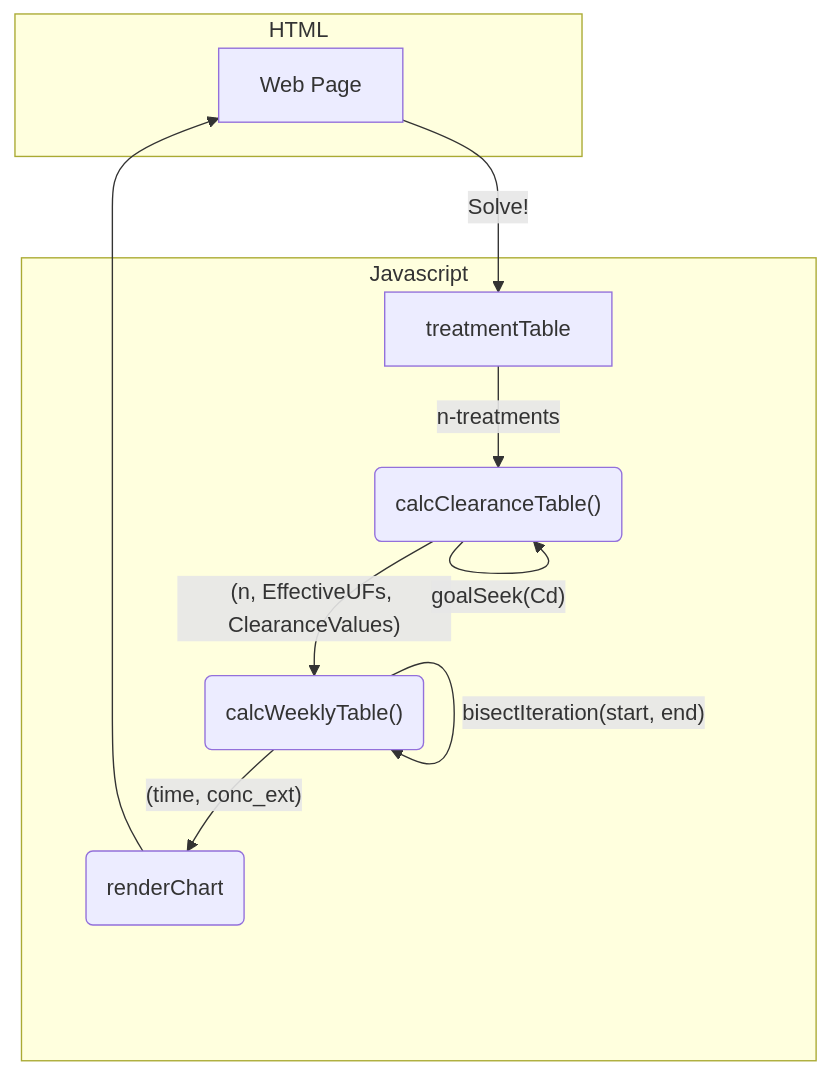
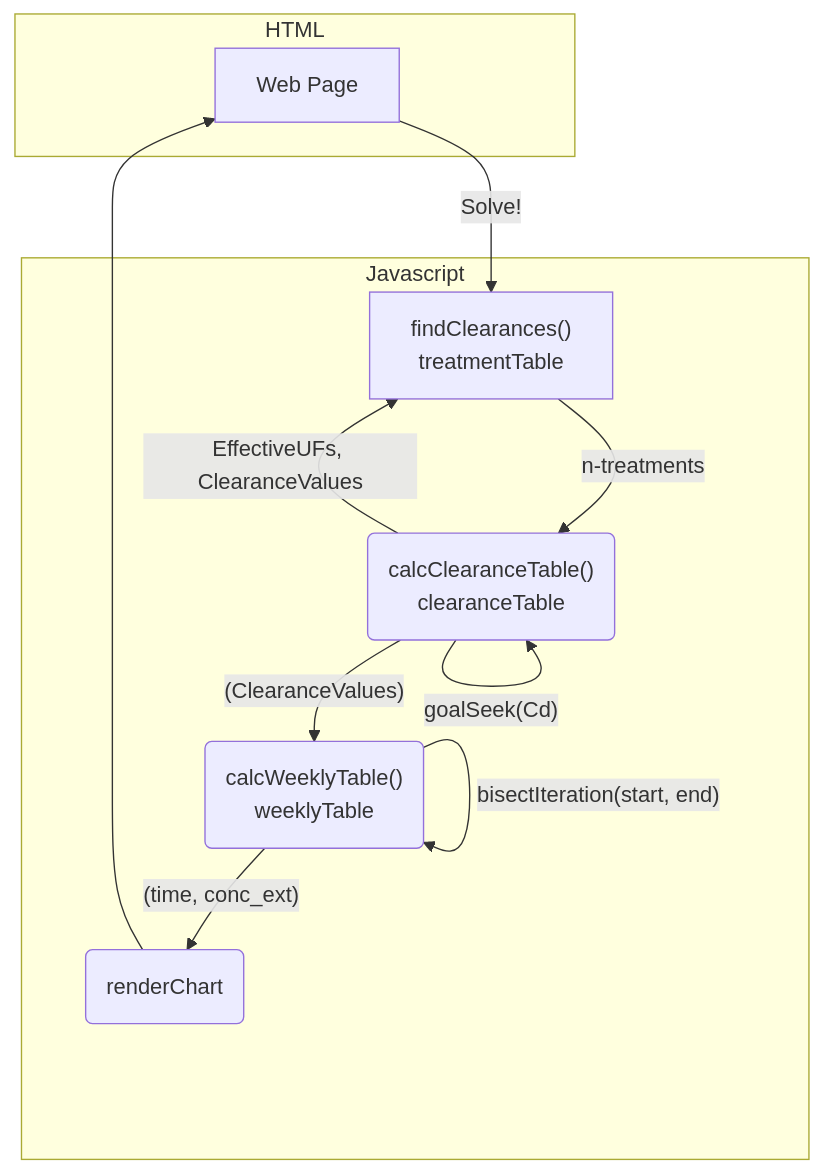
The diagram in README.md (aaaahn/dialsim), drawn with Mermaid before and after one commit. The commit also changed other lines of this file and 2 other files, not shown here.

Commit message:
clean-up, documentation

````diff
--- a/README.md
+++ b/README.md
@@ -13,24 +13,24 @@
 ```mermaid
 
 
 
 
 graph TD
     subgraph HTML
        A
     end
     subgraph Javascript
-        A[Web Page] -- Solve! --> TT["treatmentTable"]
-        TT -- n-treatments --> B("calcClearanceTable()")
-        B -- "(n, EffectiveUFs, ClearanceValues)" --> D("calcWeeklyTable()")
+        A[Web Page] -- Solve! --> TT["findClearances() </br> treatmentTable"]
+        TT -- n-treatments --> B("calcClearanceTable()  </br> clearanceTable")
+        B -- EffectiveUFs, ClearanceValues --> TT
+        B -- "(ClearanceValues)" --> D("calcWeeklyTable() </br> weeklyTable")
         D -- "bisectIteration(start, end)" -->D
         D --  "(time, conc_ext)" --> E(renderChart)
         E --> A
         B -- "goalSeek(Cd)" --> B
     end
 
 
 
 
-
 ```
````
